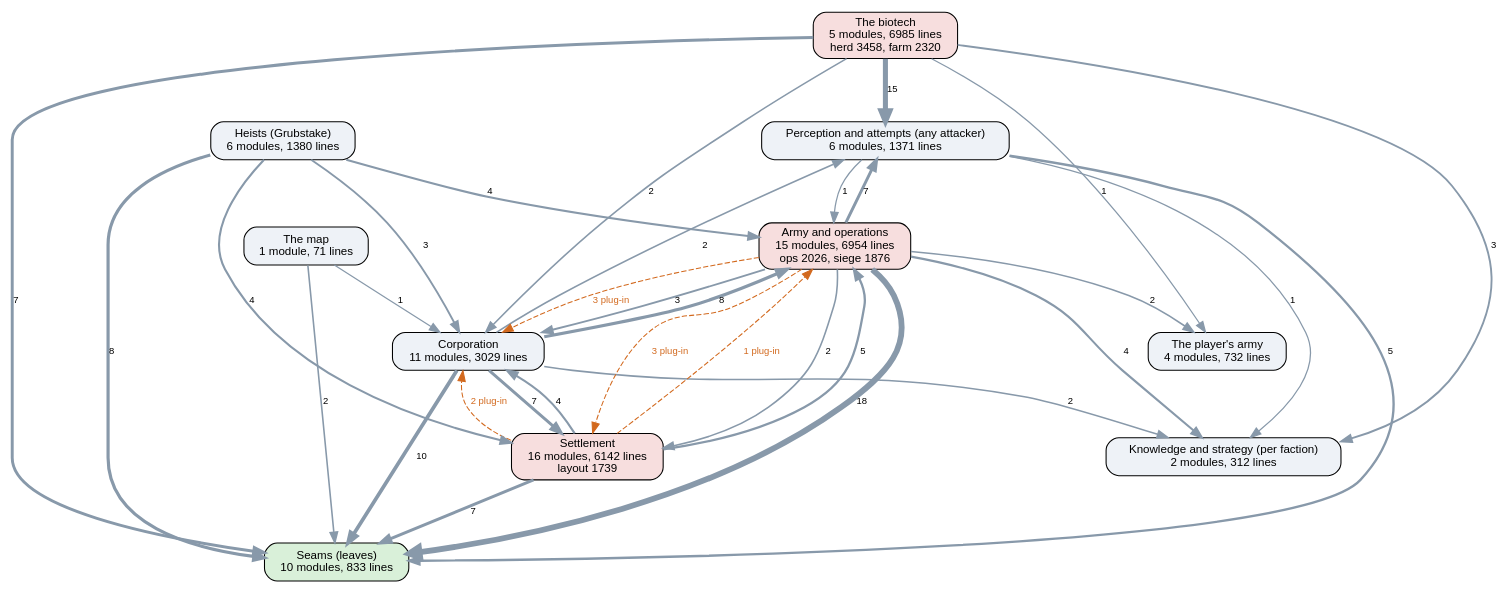
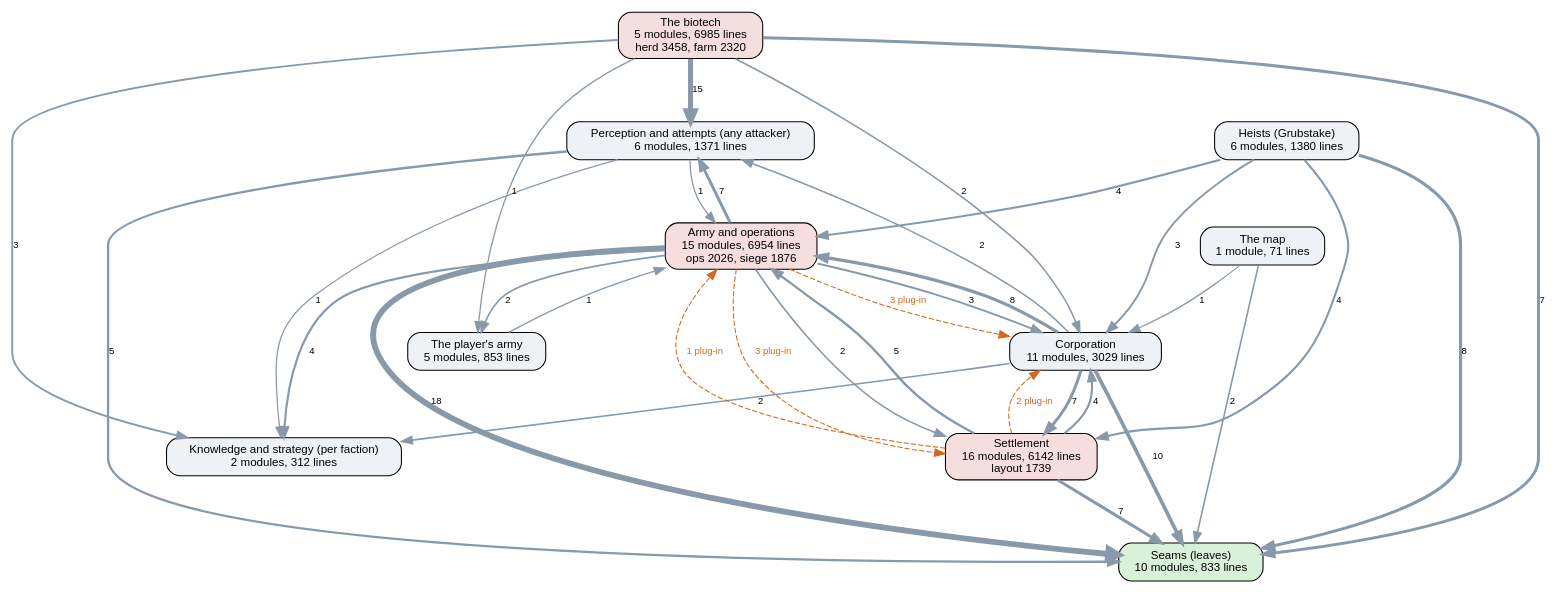
One commit to kinelhu/landing-party changed the diagram in docs/ai-layers.dot. Above: the diagram before and after it, drawn with Graphviz. The commit also changed 15 other files, not shown here.

```diff
--- a/docs/ai-layers.dot
+++ b/docs/ai-layers.dot
@@ -1,47 +1,48 @@
 digraph layers {
   graph [rankdir=TB, fontname="Helvetica", nodesep=0.5, ranksep=0.7];
   node [shape=box, style="rounded,filled", fontname="Helvetica", fontsize=11, fillcolor="#eef2f7"];
   edge [color="#8899aa", fontname="Helvetica", fontsize=9];
   "Seams (leaves)" [label="Seams (leaves)\n10 modules, 833 lines", fillcolor="#d9f0d9"];
   "Perception and attempts (any attacker)" [label="Perception and attempts (any attacker)\n6 modules, 1371 lines", fillcolor="#eef2f7"];
   "Knowledge and strategy (per faction)" [label="Knowledge and strategy (per faction)\n2 modules, 312 lines", fillcolor="#eef2f7"];
   "Corporation" [label="Corporation\n11 modules, 3029 lines", fillcolor="#eef2f7"];
   "Settlement" [label="Settlement\n16 modules, 6142 lines\nlayout 1739", fillcolor="#f7dede"];
   "Army and operations" [label="Army and operations\n15 modules, 6954 lines\nops 2026, siege 1876", fillcolor="#f7dede"];
   "Heists (Grubstake)" [label="Heists (Grubstake)\n6 modules, 1380 lines", fillcolor="#eef2f7"];
   "The biotech" [label="The biotech\n5 modules, 6985 lines\nherd 3458, farm 2320", fillcolor="#f7dede"];
   "The map" [label="The map\n1 module, 71 lines", fillcolor="#eef2f7"];
-  "The player's army" [label="The player's army\n4 modules, 732 lines", fillcolor="#eef2f7"];
+  "The player's army" [label="The player's army\n5 modules, 853 lines", fillcolor="#eef2f7"];
   "Army and operations" -> "Corporation" [label="3", penwidth=1.8];
   "Army and operations" -> "Knowledge and strategy (per faction)" [label="4", penwidth=2.0];
   "Army and operations" -> "Perception and attempts (any attacker)" [label="7", penwidth=2.8];
   "Army and operations" -> "Seams (leaves)" [label="18", penwidth=5.5];
   "Army and operations" -> "Settlement" [label="2", penwidth=1.5];
   "Army and operations" -> "The player's army" [label="2", penwidth=1.5];
   "Corporation" -> "Army and operations" [label="8", penwidth=3.0];
   "Corporation" -> "Knowledge and strategy (per faction)" [label="2", penwidth=1.5];
   "Corporation" -> "Perception and attempts (any attacker)" [label="2", penwidth=1.5];
   "Corporation" -> "Seams (leaves)" [label="10", penwidth=3.5];
   "Corporation" -> "Settlement" [label="7", penwidth=2.8];
   "Heists (Grubstake)" -> "Army and operations" [label="4", penwidth=2.0];
   "Heists (Grubstake)" -> "Corporation" [label="3", penwidth=1.8];
   "Heists (Grubstake)" -> "Seams (leaves)" [label="8", penwidth=3.0];
   "Heists (Grubstake)" -> "Settlement" [label="4", penwidth=2.0];
   "Perception and attempts (any attacker)" -> "Army and operations" [label="1", penwidth=1.2];
   "Perception and attempts (any attacker)" -> "Knowledge and strategy (per faction)" [label="1", penwidth=1.2];
   "Perception and attempts (any attacker)" -> "Seams (leaves)" [label="5", penwidth=2.2];
   "Settlement" -> "Army and operations" [label="5", penwidth=2.2];
   "Settlement" -> "Corporation" [label="4", penwidth=2.0];
   "Settlement" -> "Seams (leaves)" [label="7", penwidth=2.8];
   "The biotech" -> "Corporation" [label="2", penwidth=1.5];
   "The biotech" -> "Knowledge and strategy (per faction)" [label="3", penwidth=1.8];
   "The biotech" -> "Perception and attempts (any attacker)" [label="15", penwidth=4.8];
   "The biotech" -> "Seams (leaves)" [label="7", penwidth=2.8];
   "The biotech" -> "The player's army" [label="1", penwidth=1.2];
   "The map" -> "Corporation" [label="1", penwidth=1.2];
   "The map" -> "Seams (leaves)" [label="2", penwidth=1.5];
+  "The player's army" -> "Army and operations" [label="1", penwidth=1.2];
   "Army and operations" -> "Corporation" [style=dashed, color="#d2691e", fontcolor="#d2691e", label="3 plug-in"];
   "Army and operations" -> "Settlement" [style=dashed, color="#d2691e", fontcolor="#d2691e", label="3 plug-in"];
   "Settlement" -> "Army and operations" [style=dashed, color="#d2691e", fontcolor="#d2691e", label="1 plug-in"];
   "Settlement" -> "Corporation" [style=dashed, color="#d2691e", fontcolor="#d2691e", label="2 plug-in"];
 }
```
